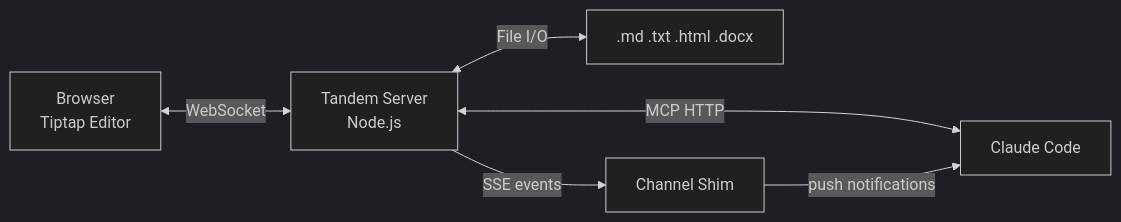
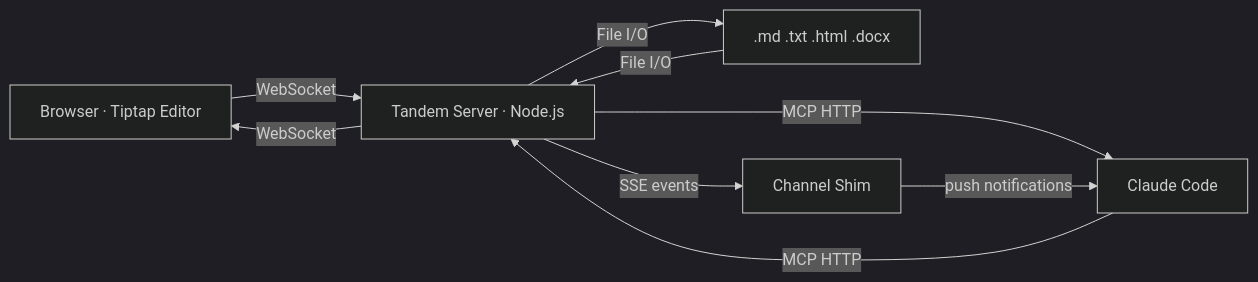
Before and after one commit to bloknayrb/tandem: the diagram in README.md, drawn with Mermaid (dark theme).

Commit message:
fix(docs): replace unsupported Mermaid syntax in README diagram
GitHub's renderer crashes on `<-->` bidirectional arrows and `<br/>`
in node labels, producing a "Loading chunk failed" error.

````diff
--- a/README.md
+++ b/README.md
@@ -9,8 +9,11 @@
 ```mermaid
 graph LR
-    Browser["Browser<br/>Tiptap Editor"] <-->|WebSocket| Server["Tandem Server<br/>Node.js"]
-    Server <-->|MCP HTTP| Claude["Claude Code"]
-    Server <-->|File I/O| Files[".md .txt .html .docx"]
-    Server -->|SSE events| Shim["Channel Shim"]
-    Shim -->|push notifications| Claude
+    Browser["Browser · Tiptap Editor"] -- WebSocket --> Server["Tandem Server · Node.js"]
+    Server -- WebSocket --> Browser
+    Server -- MCP HTTP --> Claude["Claude Code"]
+    Claude -- MCP HTTP --> Server
+    Server -- File I/O --> Files[".md .txt .html .docx"]
+    Files -- File I/O --> Server
+    Server -- SSE events --> Shim["Channel Shim"]
+    Shim -- push notifications --> Claude
 ```
````
